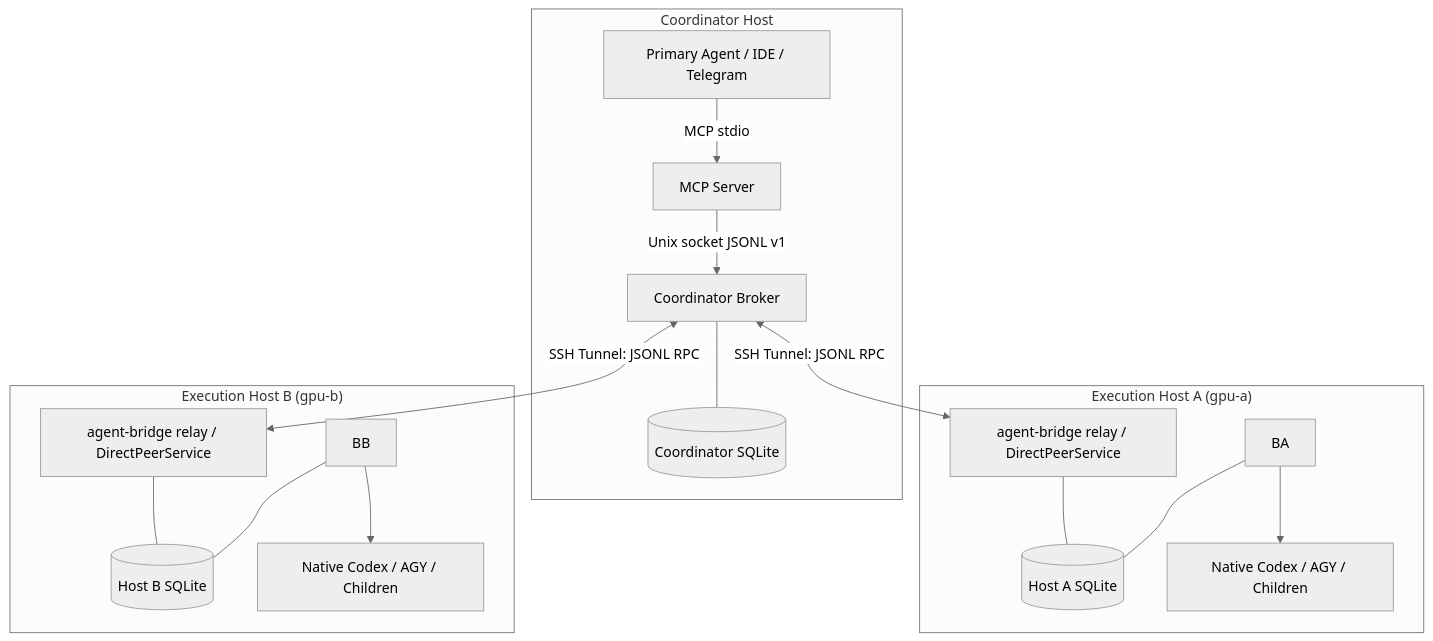
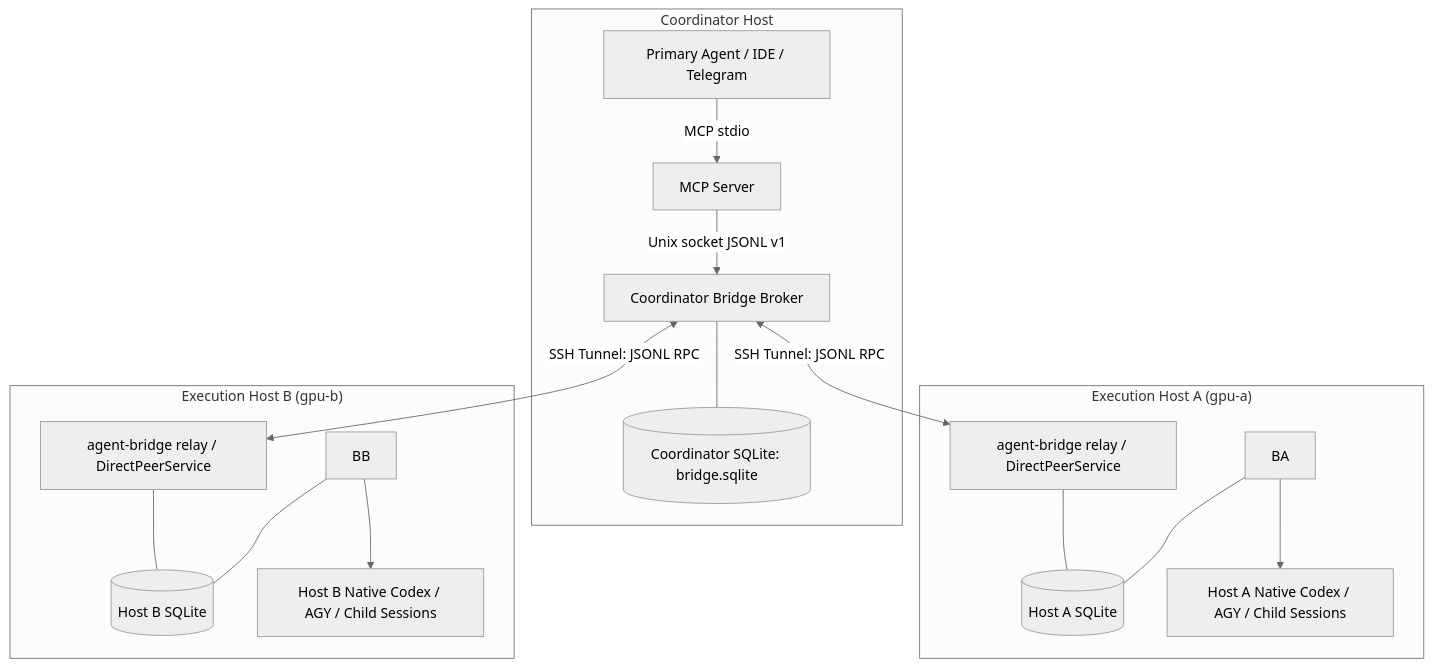
The first of 2 diagrams in docs/multi-machine-design.md (qinjian623/agent-bridge), drawn with Mermaid (neutral theme) before and after one commit. The commit also changed other lines of this file and 92 other files, not shown here.

````diff
--- a/docs/multi-machine-design.md
+++ b/docs/multi-machine-design.md
@@ -28,23 +32,23 @@
 ```mermaid
 flowchart TD
     subgraph HostCoord["Coordinator Host"]
         M[Primary Agent / IDE / Telegram] -->|MCP stdio| E[MCP Server]
-        E -->|Unix socket JSONL v1| C[Coordinator Broker]
-        C --- CD[(Coordinator SQLite)]
+        E -->|Unix socket JSONL v1| C[Coordinator Bridge Broker]
+        C --- CD[(Coordinator SQLite: bridge.sqlite)]
     end
 
     subgraph HostA["Execution Host A (gpu-a)"]
         RA[agent-bridge relay / DirectPeerService] --- DA[(Host A SQLite)]
         BA --- DA[(Host A SQLite)]
-        BA --> AA[Native Codex / AGY / Children]
+        BA --> AA[Host A Native Codex / AGY / Child Sessions]
     end
 
     subgraph HostB["Execution Host B (gpu-b)"]
         RB[agent-bridge relay / DirectPeerService] --- DB[(Host B SQLite)]
         BB --- DB[(Host B SQLite)]
-        BB --> AB[Native Codex / AGY / Children]
+        BB --> AB[Host B Native Codex / AGY / Child Sessions]
     end
 
     C <-->|SSH Tunnel: JSONL RPC| RA
     C <-->|SSH Tunnel: JSONL RPC| RB
 ```
````
